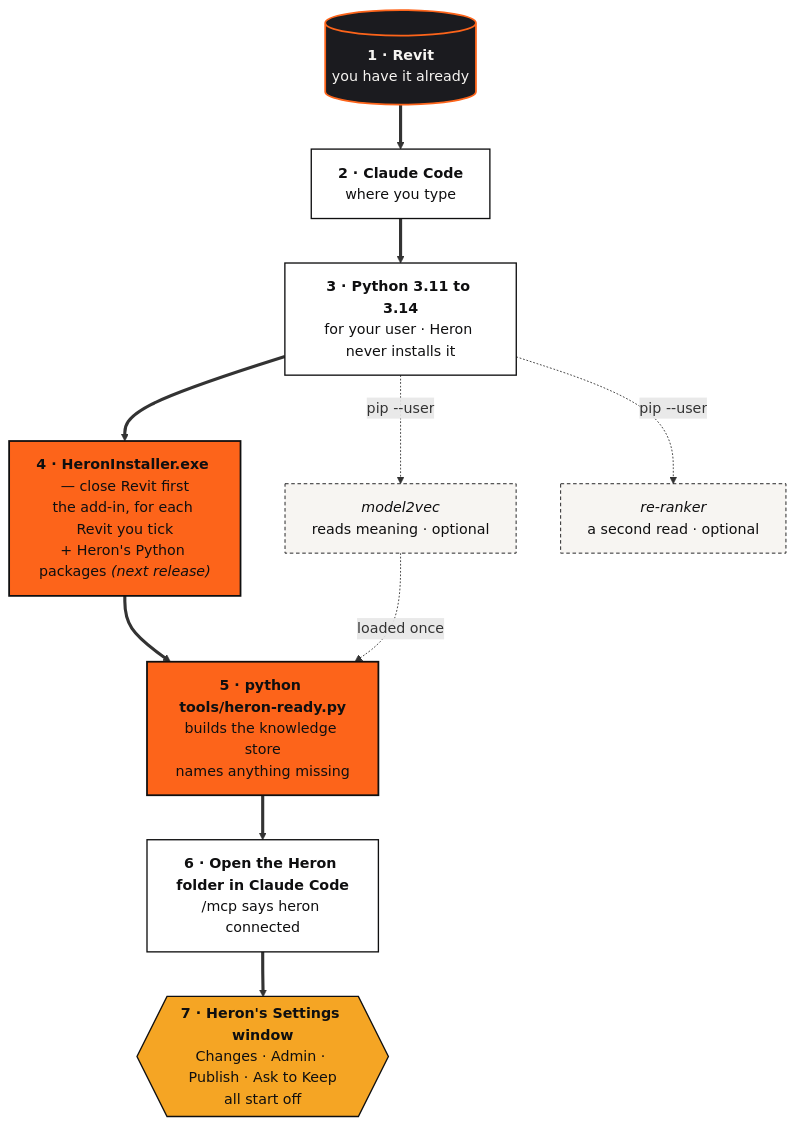
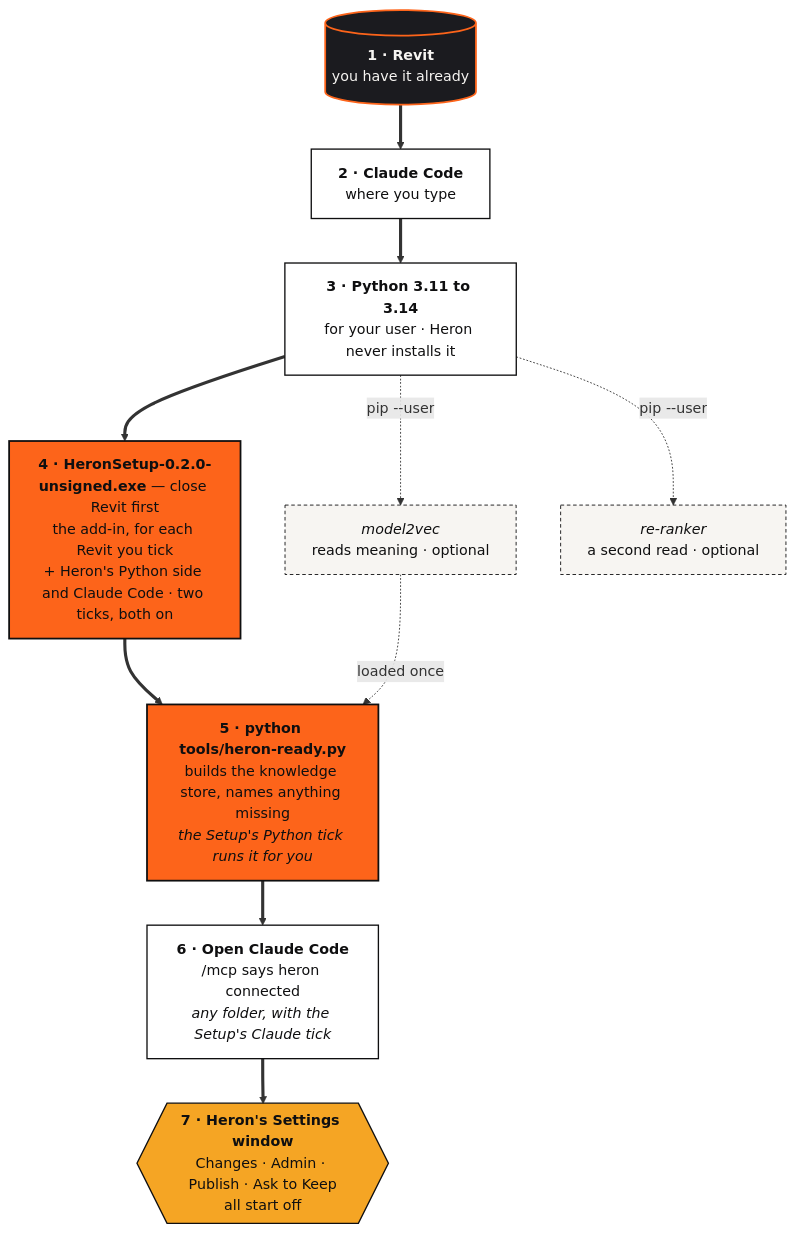
Before and after one commit to Ajmalpshaik/Heron-AI: the first of 2 diagrams in docs/WHAT-TO-INSTALL.md, drawn with Mermaid. The commit also changed other lines of this file and 9 other files, not shown here.

````diff
--- a/docs/WHAT-TO-INSTALL.md
+++ b/docs/WHAT-TO-INSTALL.md
@@ -35,28 +42,28 @@
 ```mermaid
 flowchart TD
     RV[("<b>1 · Revit</b><br/>you have it already")]
     CC["<b>2 · Claude Code</b><br/>where you type"]
     PY["<b>3 · Python 3.11 to 3.14</b><br/>for your user · Heron never installs it"]
-    HI["<b>4 · HeronInstaller.exe</b> — close Revit first<br/>the add-in, for each Revit you tick<br/>+ Heron's Python packages <i>(next release)</i>"]
-    HR["<b>5 · python tools/heron-ready.py</b><br/>builds the knowledge store<br/>names anything missing"]
-    MC["<b>6 · Open the Heron folder in Claude Code</b><br/>/mcp says heron connected"]
+    HI["<b>4 · HeronSetup-0.2.0-unsigned.exe</b> — close Revit first<br/>the add-in, for each Revit you tick<br/>+ Heron's Python side and Claude Code · two ticks, both on"]
+    HR["<b>5 · python tools/heron-ready.py</b><br/>builds the knowledge store, names anything missing<br/><i>the Setup's Python tick runs it for you</i>"]
+    MC["<b>6 · Open Claude Code</b><br/>/mcp says heron connected<br/><i>any folder, with the Setup's Claude tick</i>"]
     SW{{"<b>7 · Heron's Settings window</b><br/>Changes · Admin · Publish · Ask to Keep<br/>all start off"}}
     M2["<i>model2vec</i><br/>reads meaning · optional"]
     RR["<i>re-ranker</i><br/>a second read · optional"]
 
     RV ==> CC ==> PY ==> HI ==> HR ==> MC ==> SW
     PY -.->|pip --user| M2
     PY -.->|pip --user| RR
     M2 -.->|loaded once| HR
 
     classDef host fill:#FFFFFF,stroke:#0F0F10,stroke-width:1.5px,color:#0F0F10
     classDef heron fill:#FD641A,stroke:#0F0F10,stroke-width:2px,color:#0F0F10
     classDef guard fill:#F5A524,stroke:#0F0F10,stroke-width:1.5px,color:#0F0F10
     classDef quiet fill:#F7F5F2,stroke:#0F0F10,stroke-width:1px,color:#0F0F10,stroke-dasharray:4 3
     classDef revit fill:#1B1B1F,stroke:#FD641A,stroke-width:2px,color:#F7F5F2
     class RV revit
     class CC,PY,MC host
     class HI,HR heron
     class SW guard
     class M2,RR quiet
 ```
````
